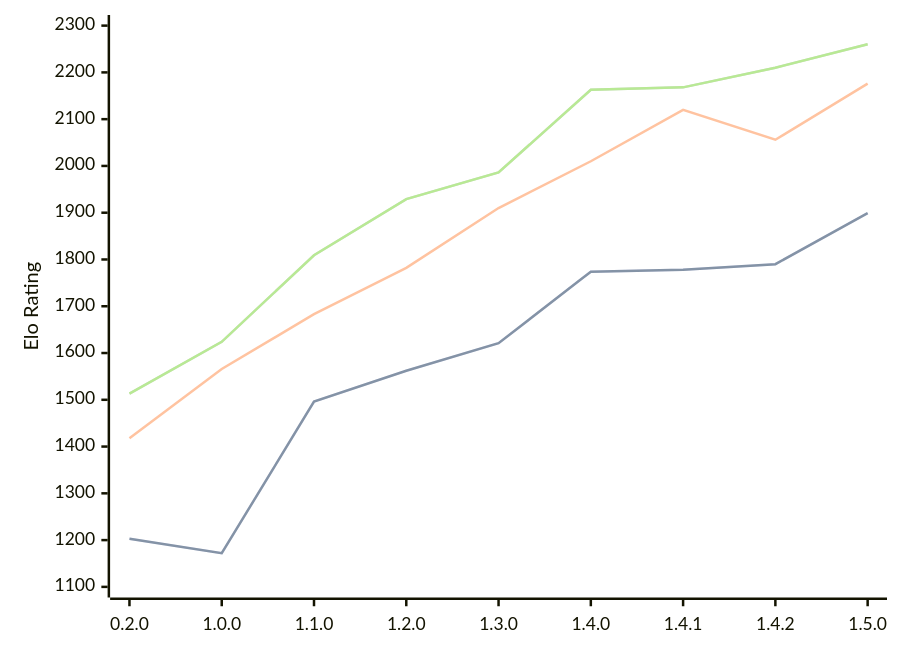
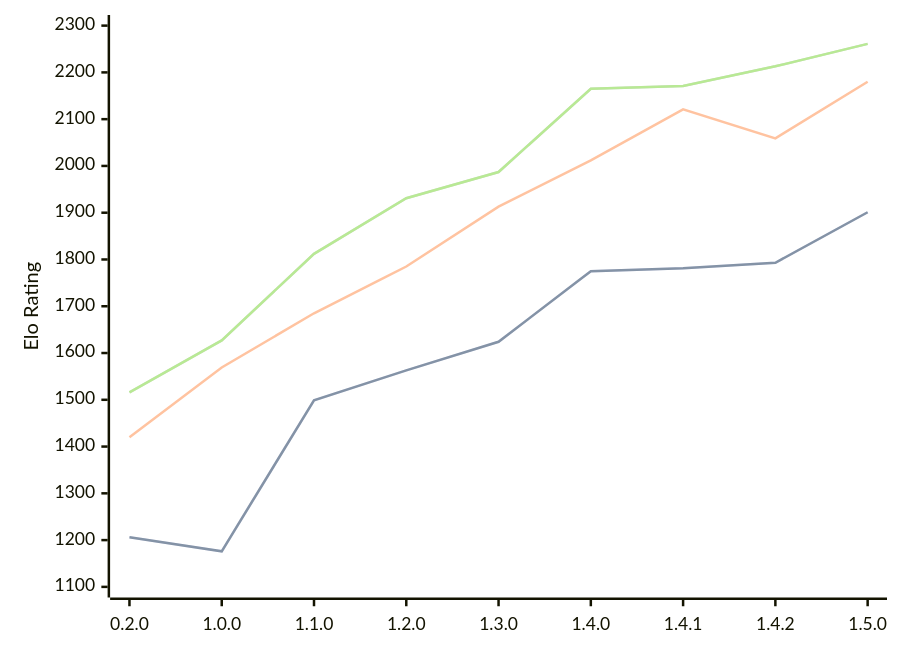
Before and after one commit to computer-chess-index/cci: the diagram in engines/Zeppelin.md, drawn with Mermaid. The commit also changed other lines of this file, not shown here.

Commit message:
Update CCI Ratings (ELO VLTC) - 2026-08-23

````diff
--- a/engines/Zeppelin.md
+++ b/engines/Zeppelin.md
@@ -39,11 +39,11 @@
 ```mermaid
 %%{init: {"theme":"base","themeVariables":{"seriesColors:['#a3a3a3','#222221','#faa371']}}}%%
 xychart-beta
   x-axis ["0.2.0", "1.0.0", "1.1.0", "1.2.0", "1.3.0", "1.4.0", "1.4.1", "1.4.2", "1.5.0"]
   y-axis "Elo Rating" 1100 --> 2300
-  line "STC (8.0+0.08s)" [1203, 1172, 1496, 1562, 1621, 1774, 1778, 1790, 1899]
-  line "STC (8.0+0.08s)" [1203, 1172, 1496, 1562, 1621, 1774, 1778, 1790, 1899]
-  line "LTC (60.0+0.60s)" [1418, 1566, 1683, 1782, 1910, 2010, 2120, 2056, 2176]
-  line "VLTC (2m24s+1.12s)" [1513, 1624, 1809, 1929, 1986, 2163, 2168, 2210, 2260]
-  line "VLTC (2m24s+1.12s)" [1513, 1624, 1809, 1929, 1986, 2163, 2168, 2210, 2260]
+  line "STC (8.0+0.08s)" [1206, 1176, 1499, 1563, 1624, 1775, 1781, 1793, 1901]
+  line "STC (8.0+0.08s)" [1206, 1176, 1499, 1563, 1624, 1775, 1781, 1793, 1901]
+  line "LTC (60.0+0.60s)" [1420, 1569, 1685, 1785, 1913, 2012, 2121, 2059, 2180]
+  line "VLTC (2m24s+1.12s)" [1516, 1627, 1812, 1931, 1987, 2165, 2171, 2213, 2261]
+  line "VLTC (2m24s+1.12s)" [1516, 1627, 1812, 1931, 1987, 2165, 2171, 2213, 2261]
 ```
````
